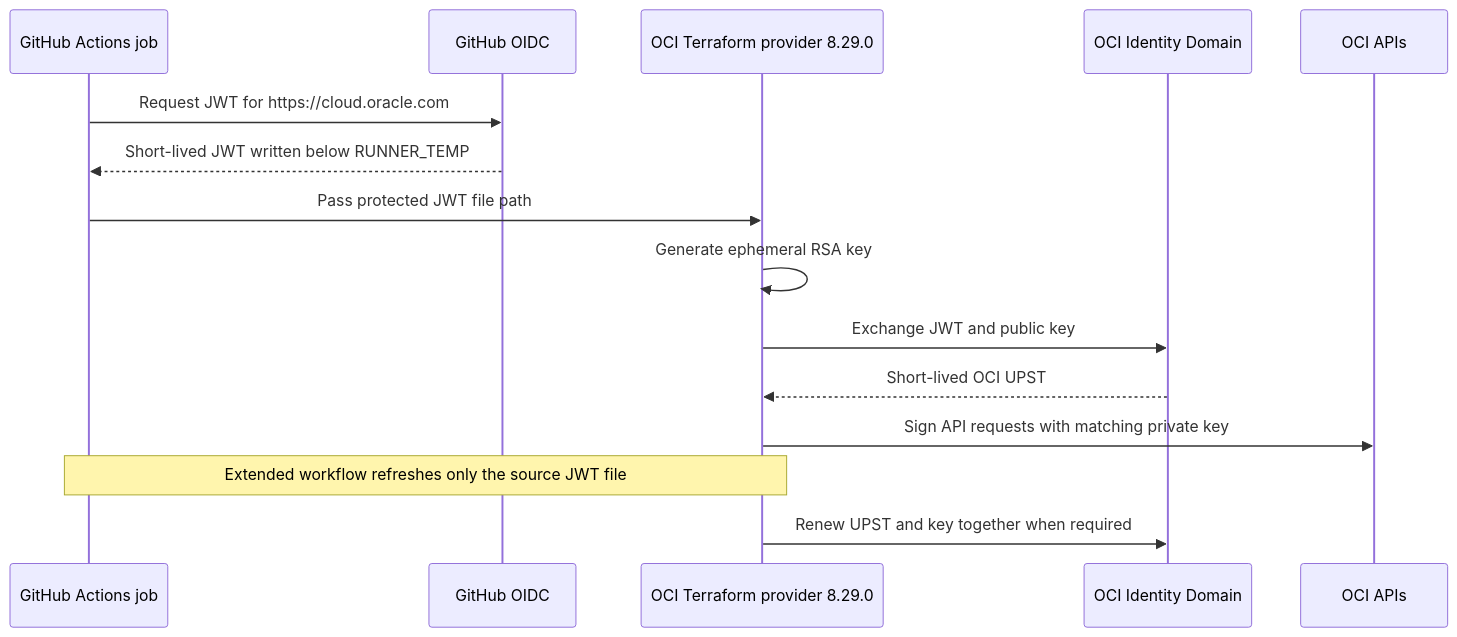
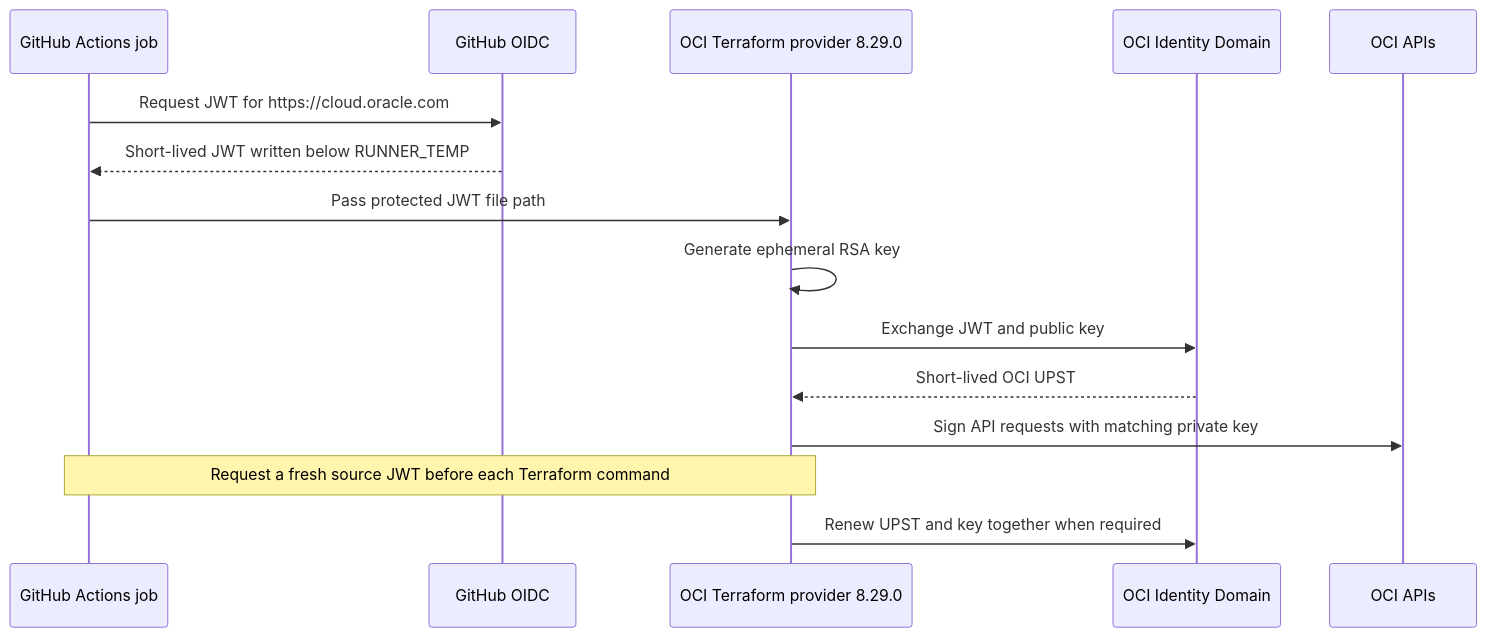
The diagram in README.md (dgutierrezcolodra/oci-terraform-github-actions-wif-example), drawn with Mermaid before and after one commit. The commit also changed other lines of this file and 10 other files, not shown here.

````diff
--- a/README.md
+++ b/README.md
@@ -17,18 +20,18 @@
 ```mermaid
 sequenceDiagram
     participant Job as GitHub Actions job
     participant GitHub as GitHub OIDC
     participant Provider as OCI Terraform provider 8.29.0
     participant Domain as OCI Identity Domain
     participant OCI as OCI APIs
 
     Job->>GitHub: Request JWT for https://cloud.oracle.com
     GitHub-->>Job: Short-lived JWT written below RUNNER_TEMP
     Job->>Provider: Pass protected JWT file path
     Provider->>Provider: Generate ephemeral RSA key
     Provider->>Domain: Exchange JWT and public key
     Domain-->>Provider: Short-lived OCI UPST
     Provider->>OCI: Sign API requests with matching private key
-    Note over Job,Provider: Extended workflow refreshes only the source JWT file
+    Note over Job,Provider: Request a fresh source JWT before each Terraform command
     Provider->>Domain: Renew UPST and key together when required
 ```
````
